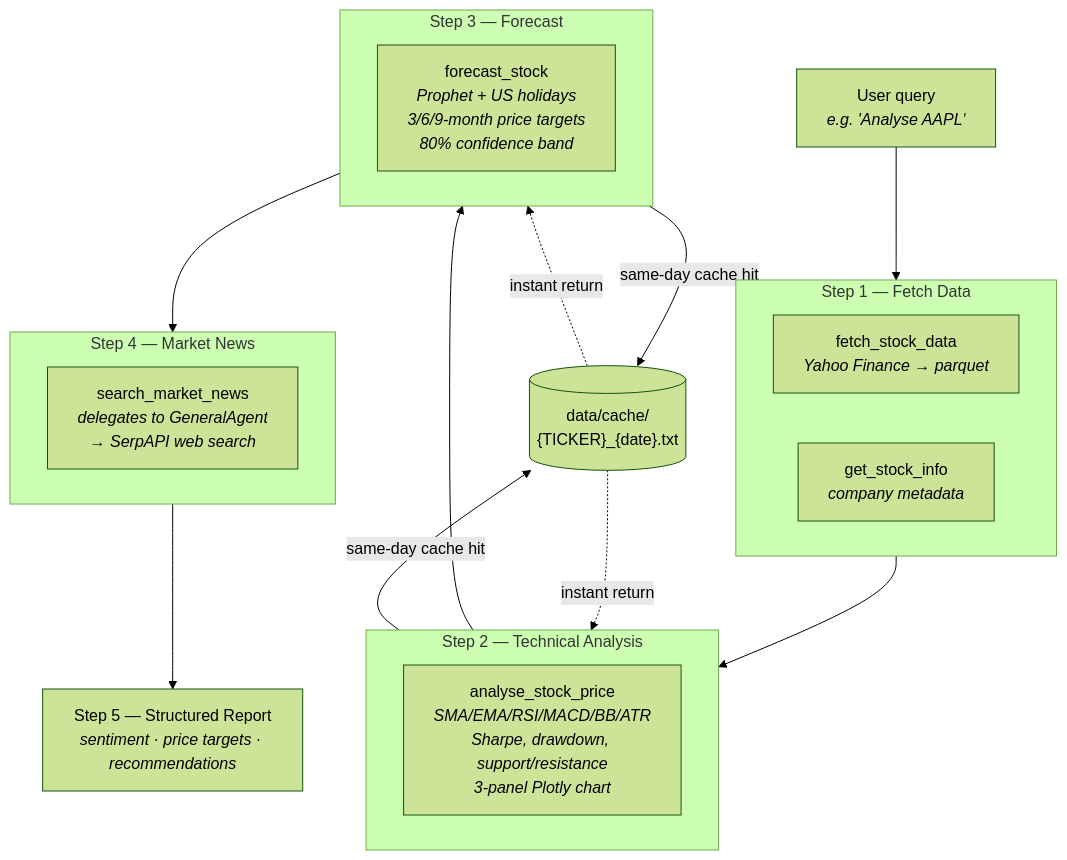
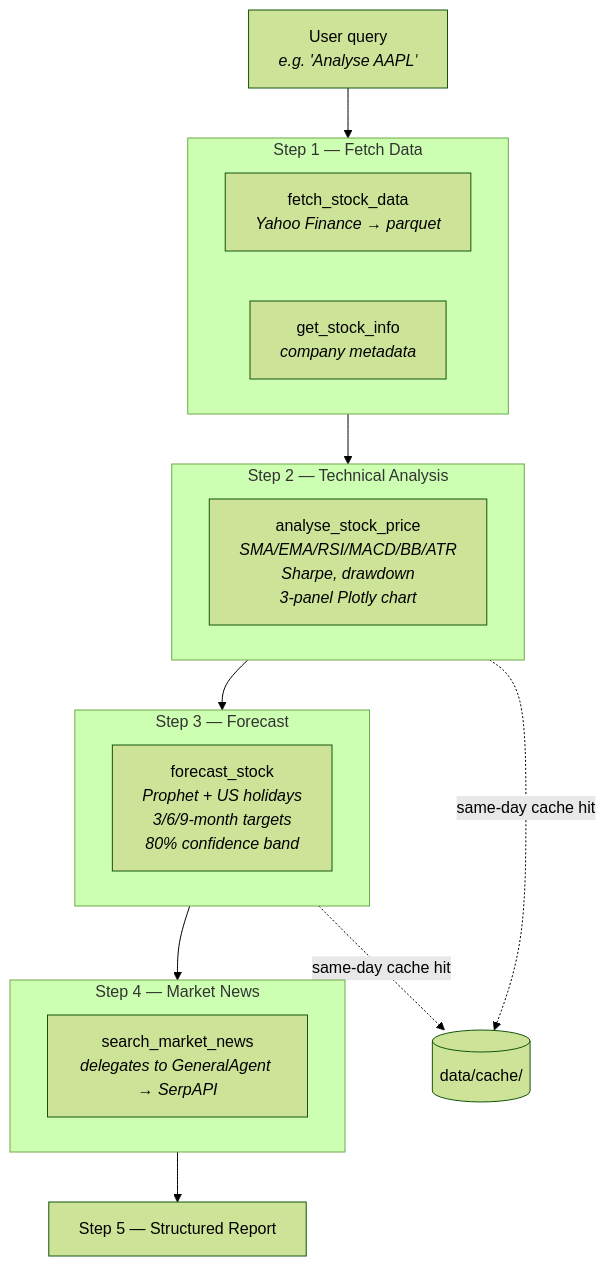
Before and after one commit to asequitytrading-design/ai-agent-ui: the fourth of 4 diagrams in README.md, drawn with Mermaid (forest theme). The commit also changed other lines of this file and 3 other files, not shown here.

````diff
--- a/README.md
+++ b/README.md
@@ -158,37 +169,23 @@
 ```mermaid
 graph TD
     Q["User query<br/><i>e.g. 'Analyse AAPL'</i>"]
-
     Q --> S1
-
     subgraph S1["Step 1 — Fetch Data"]
-        direction LR
         FSD["fetch_stock_data<br/><i>Yahoo Finance → parquet</i>"]
         GSI["get_stock_info<br/><i>company metadata</i>"]
     end
-
     S1 --> S2
-
     subgraph S2["Step 2 — Technical Analysis"]
-        ASP["analyse_stock_price<br/><i>SMA/EMA/RSI/MACD/BB/ATR<br/>Sharpe, drawdown, support/resistance<br/>3-panel Plotly chart</i>"]
+        ASP["analyse_stock_price<br/><i>SMA/EMA/RSI/MACD/BB/ATR<br/>Sharpe, drawdown<br/>3-panel Plotly chart</i>"]
     end
-
     S2 --> S3
-
     subgraph S3["Step 3 — Forecast"]
-        FS["forecast_stock<br/><i>Prophet + US holidays<br/>3/6/9-month price targets<br/>80% confidence band</i>"]
+        FS["forecast_stock<br/><i>Prophet + US holidays<br/>3/6/9-month targets<br/>80% confidence band</i>"]
     end
-
     S3 --> S4
-
     subgraph S4["Step 4 — Market News"]
-        SMN["search_market_news<br/><i>delegates to GeneralAgent<br/>→ SerpAPI web search</i>"]
+        SMN["search_market_news<br/><i>delegates to GeneralAgent → SerpAPI</i>"]
     end
-
-    S4 --> S5["Step 5 — Structured Report<br/><i>sentiment · price targets · recommendations</i>"]
-
-    S2 -->|"same-day cache hit"| CACHE[("data/cache/<br/>{TICKER}_{date}.txt")]
-    S3 -->|"same-day cache hit"| CACHE
-    CACHE -.->|"instant return"| S2
-    CACHE -.->|"instant return"| S3
+    S4 --> S5["Step 5 — Structured Report"]
+    S2 & S3 -.->|"same-day cache hit"| CACHE[("data/cache/")]
 ```
````
